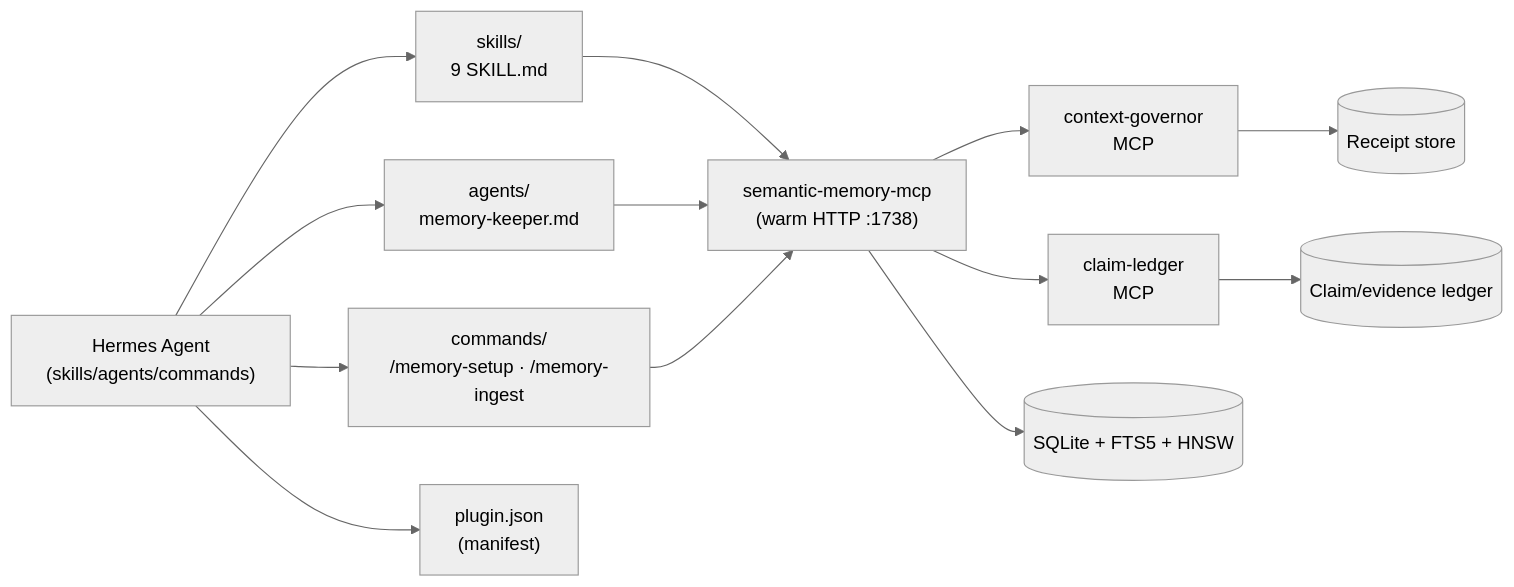
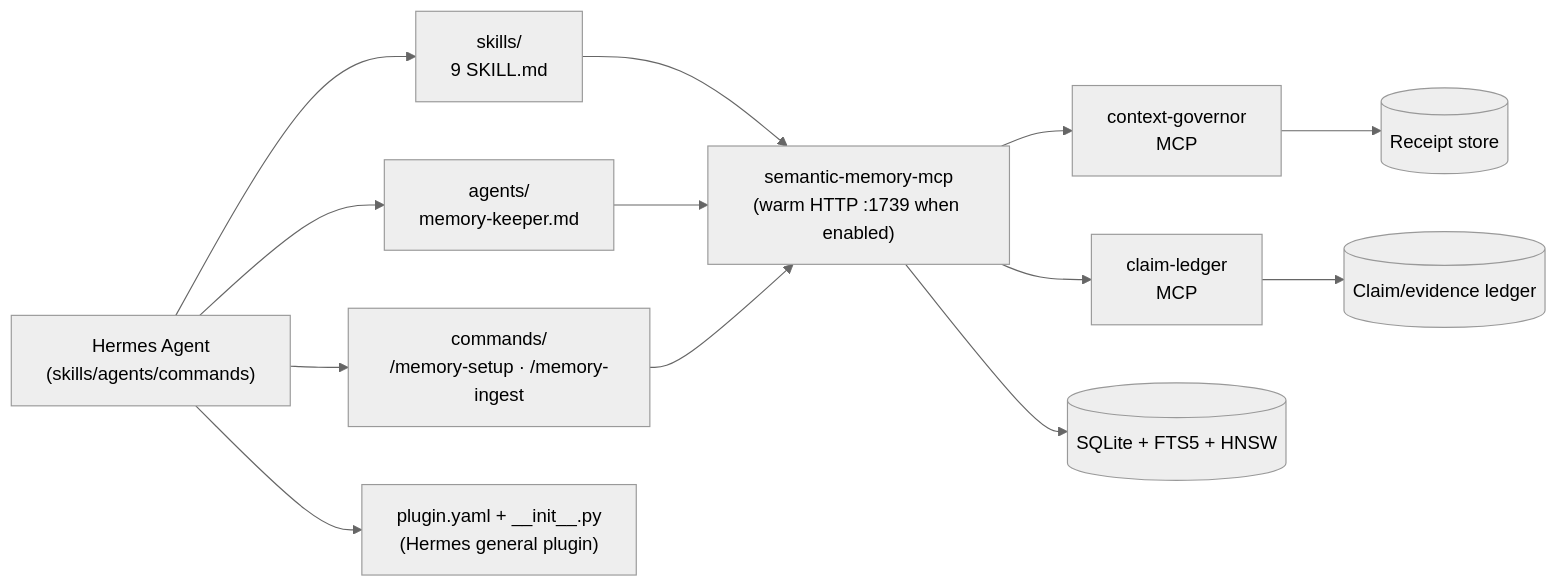
The diagram in hermes/README.md (RecursiveIntell/agent-memory-kits), drawn with Mermaid before and after one commit. The commit also changed other lines of this file and 9 other files, not shown here.

Commit message:
fix: restore Hermes Claude and Codex memory integration parity

````diff
--- a/hermes/README.md
+++ b/hermes/README.md
@@ -20,16 +20,16 @@
 ```mermaid
 %%{init: {'theme':'neutral'}}%%
 flowchart LR
     HE["Hermes Agent<br/>(skills/agents/commands)"] --> SK["skills/<br/>9 SKILL.md"]
     HE --> AG["agents/<br/>memory-keeper.md"]
     HE --> CM["commands/<br/>/memory-setup · /memory-ingest"]
-    HE --> PJ["plugin.json<br/>(manifest)"]
-    SK --> MCP["semantic-memory-mcp<br/>(warm HTTP :1738)"]
+    HE --> PJ["plugin.yaml + __init__.py<br/>(Hermes general plugin)"]
+    SK --> MCP["semantic-memory-mcp<br/>(warm HTTP :1739 when enabled)"]
     AG --> MCP
     CM --> MCP
     MCP --> CG["context-governor<br/>MCP"]
     MCP --> CL["claim-ledger<br/>MCP"]
     MCP --> DB[("SQLite + FTS5 + HNSW")]
     CG --> RS[("Receipt store")]
     CL --> LR[("Claim/evidence ledger")]
 ```
````
